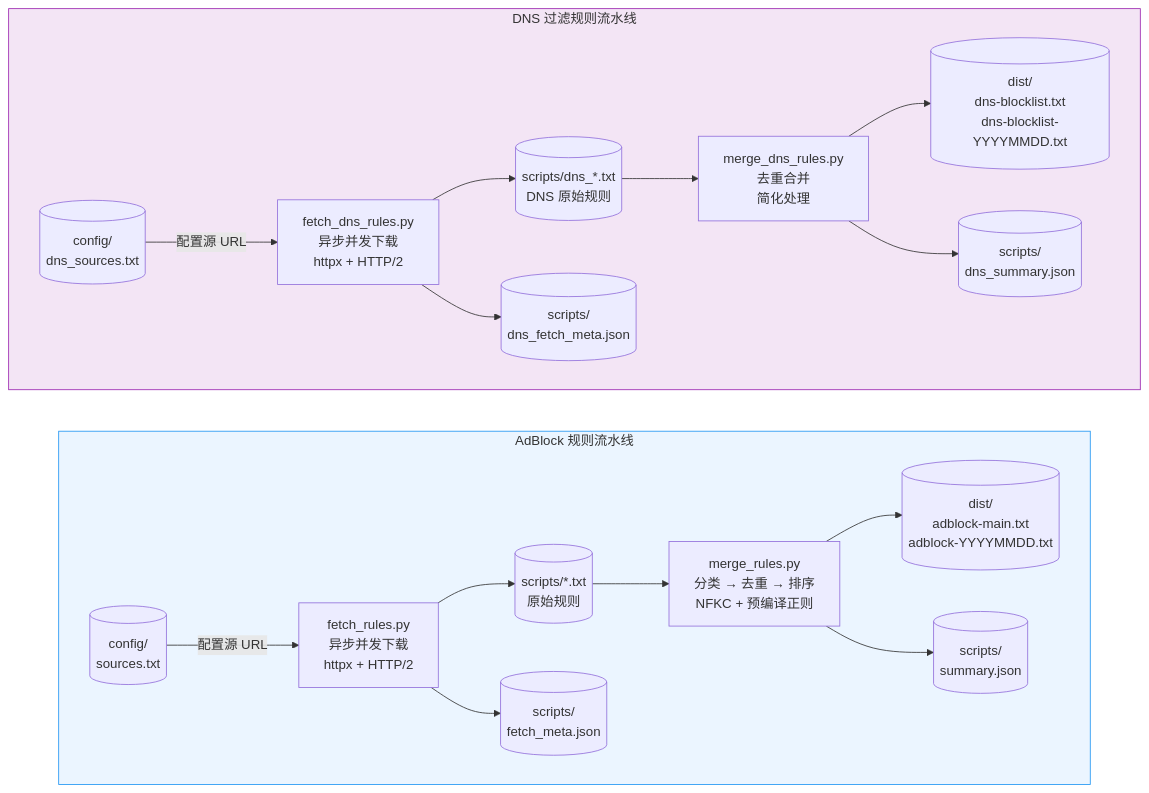
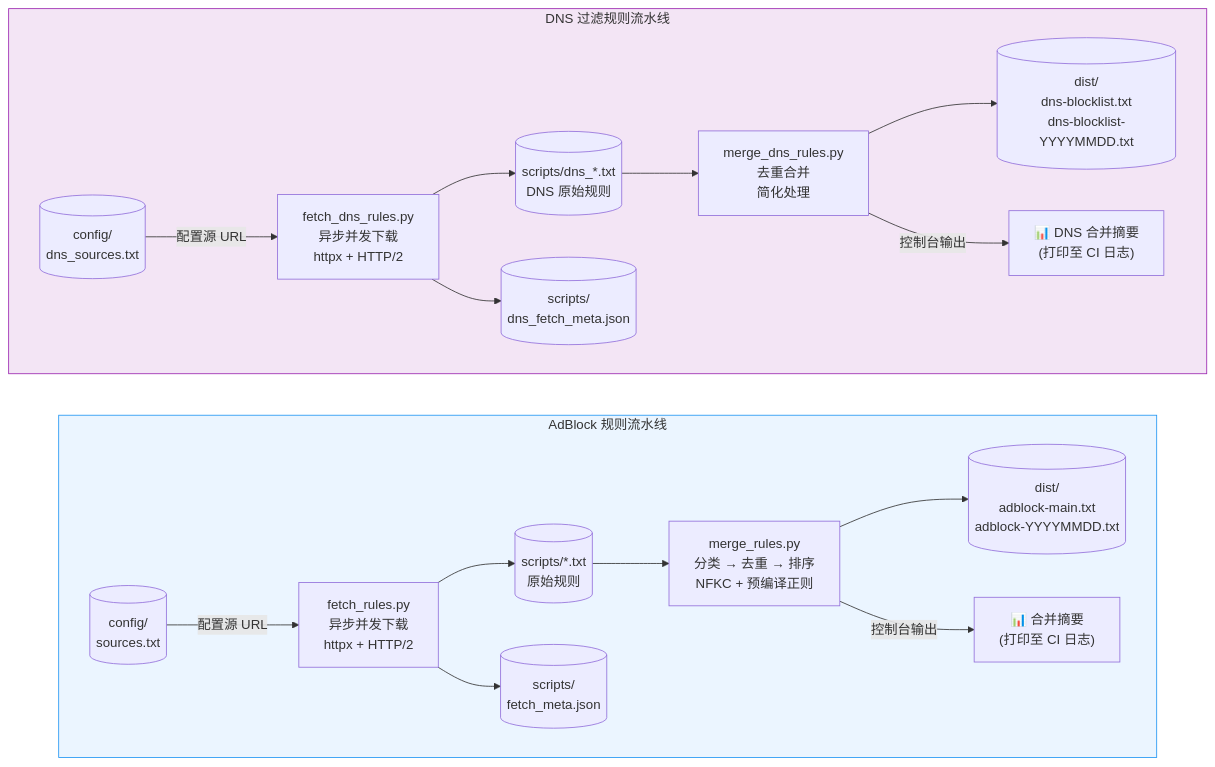
The first of 5 diagrams in docs/PROJECT_DOCS.md (Chaniug/FilterFusion), drawn with Mermaid before and after one commit. The commit also changed other lines of this file and 2 other files, not shown here.

````diff
--- a/docs/PROJECT_DOCS.md
+++ b/docs/PROJECT_DOCS.md
@@ -66,25 +66,25 @@
 ```mermaid
 flowchart LR
     subgraph ADBLOCK["AdBlock 规则流水线"]
         direction LR
         A1[("config/<br/>sources.txt")] -->|配置源 URL| B1["fetch_rules.py<br/>异步并发下载<br/>httpx + HTTP/2"]
         B1 --> C1[("scripts/*.txt<br/>原始规则")]
         B1 --> M1[("scripts/<br/>fetch_meta.json")]
         C1 --> D1["merge_rules.py<br/>分类 → 去重 → 排序<br/>NFKC + 预编译正则"]
         D1 --> E1[("dist/<br/>adblock-main.txt<br/>adblock-YYYYMMDD.txt")]
-        D1 --> F1[("scripts/<br/>summary.json")]
+        D1 -->|控制台输出| F1["📊 合并摘要<br/>(打印至 CI 日志)"]
     end
 
     subgraph DNS["DNS 过滤规则流水线"]
         direction LR
         A2[("config/<br/>dns_sources.txt")] -->|配置源 URL| B2["fetch_dns_rules.py<br/>异步并发下载<br/>httpx + HTTP/2"]
         B2 --> C2[("scripts/dns_*.txt<br/>DNS 原始规则")]
         B2 --> M2[("scripts/<br/>dns_fetch_meta.json")]
         C2 --> D2["merge_dns_rules.py<br/>去重合并<br/>简化处理"]
         D2 --> E2[("dist/<br/>dns-blocklist.txt<br/>dns-blocklist-YYYYMMDD.txt")]
-        D2 --> F2[("scripts/<br/>dns_summary.json")]
+        D2 -->|控制台输出| F2["📊 DNS 合并摘要<br/>(打印至 CI 日志)"]
     end
 
     style ADBLOCK fill:#ebf5ff,stroke:#2196f3
     style DNS fill:#f3e5f5,stroke:#9c27b0
 ```
````
